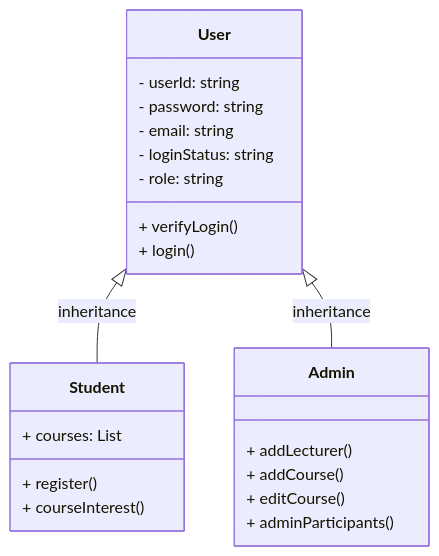
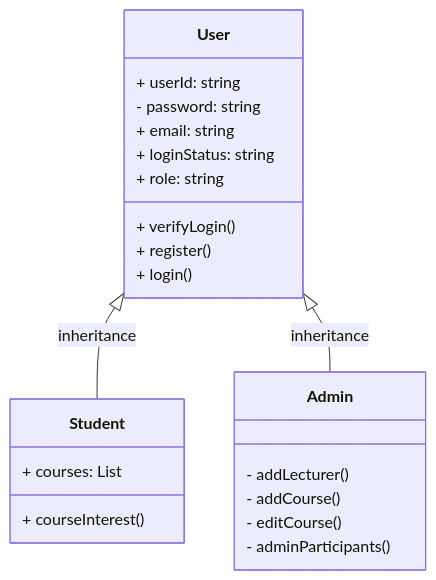
The third of 3 diagrams in admin.md (simonekranawetter/software-analysis-final), drawn with Mermaid before and after one commit. The commit also changed other lines of this file and 2 other files, not shown here.

Commit message:
alt text to images and changed class diagram a bit

````diff
--- a/admin.md
+++ b/admin.md
@@ -104,29 +104,29 @@
 ```mermaid
 classDiagram
 class User{
-    - userId: string
+    + userId: string
     - password: string
-    - email: string
-    - loginStatus: string
-    - role: string
+    + email: string
+    + loginStatus: string
+    + role: string
     + verifyLogin()
+    + register()
     + login()
 }
 
 class Student {
     + courses: List
-    + register()
     + courseInterest()
 }
 
 class Admin {
-    + addLecturer()
-    + addCourse()
-    + editCourse()
-    + adminParticipants()
+    - addLecturer()
+    - addCourse()
+    - editCourse()
+    - adminParticipants()
 }
 
 
 User <|-- Student : inheritance
 User <|-- Admin : inheritance
 ```
````
